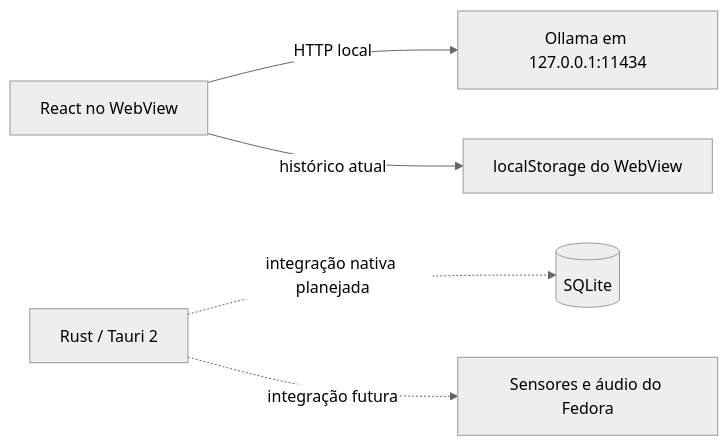
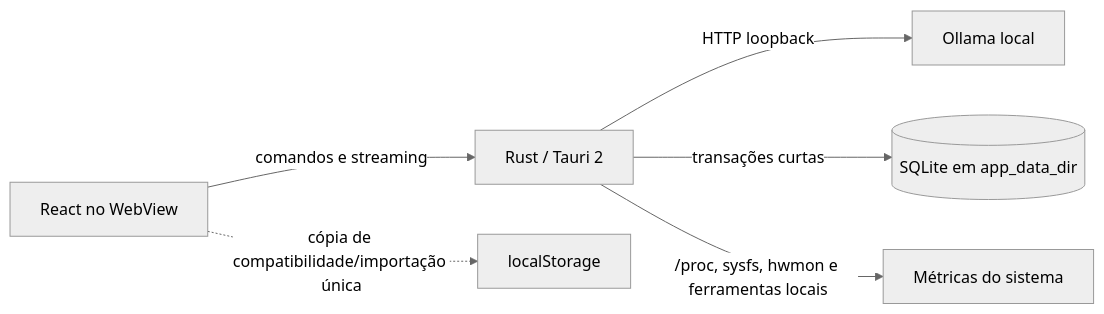
Before and after one commit to GabrielBeckler/JARVIS-AI-ASSISTENT: the diagram in README.md, drawn with Mermaid (neutral theme). The commit also changed other lines of this file and 7 other files, not shown here.

Commit message:
fix(app): endurecer persistência SQLite e navegação do dashboard

````diff
--- a/README.md
+++ b/README.md
@@ -57,7 +57,8 @@
 ```mermaid
 flowchart LR
-    UI[React no WebView] -->|HTTP local| API[Ollama em 127.0.0.1:11434]
-    UI -->|histórico atual| LS[localStorage do WebView]
-    R[Rust / Tauri 2] -. integração nativa planejada .-> DB[(SQLite)]
-    R -. integração futura .-> HW[Sensores e áudio do Fedora]
+    UI[React no WebView] -->|comandos e streaming| R[Rust / Tauri 2]
+    R -->|HTTP loopback| API[Ollama local]
+    R -->|transações curtas| DB[(SQLite em app_data_dir)]
+    UI -. cópia de compatibilidade/importação única .-> LS[localStorage]
+    R -->|/proc, sysfs, hwmon e ferramentas locais| HW[Métricas do sistema]
 ```
````
